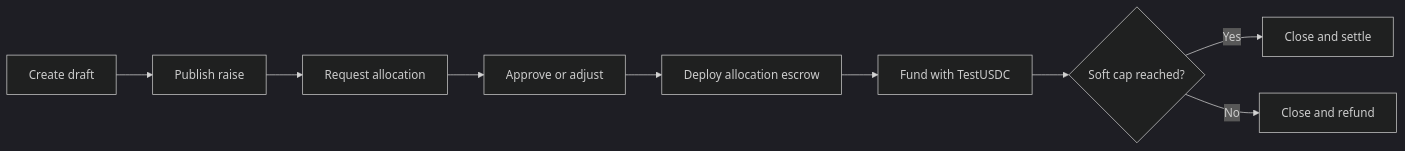
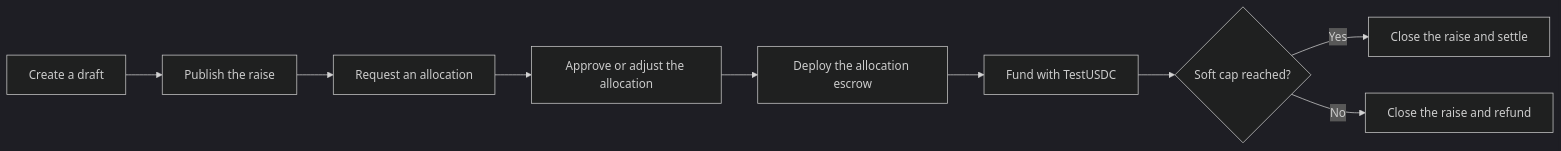
The diagram in content/2.user-guide/2.syndicates/1.overview.md (deflowlabs/docs), drawn with Mermaid (dark theme) before and after one commit. The commit also changed 10 other files, not shown here.

Commit message:
feat(docs): modernize Mermaid presentation and delivery

````diff
--- a/content/2.user-guide/2.syndicates/1.overview.md
+++ b/content/2.user-guide/2.syndicates/1.overview.md
@@ -30,11 +30,11 @@
 ```mermaid [Syndicate lifecycle]
 flowchart LR
-  A[Create draft] --> B[Publish raise]
-  B --> C[Request allocation]
-  C --> D[Approve or adjust]
-  D --> E[Deploy allocation escrow]
+  A[Create a draft] --> B[Publish the raise]
+  B --> C[Request an allocation]
+  C --> D[Approve or adjust the allocation]
+  D --> E[Deploy the allocation escrow]
   E --> F[Fund with TestUSDC]
   F --> G{Soft cap reached?}
-  G -->|Yes| H[Close and settle]
-  G -->|No| I[Close and refund]
+  G -->|Yes| H[Close the raise and settle]
+  G -->|No| I[Close the raise and refund]
 ```
````
